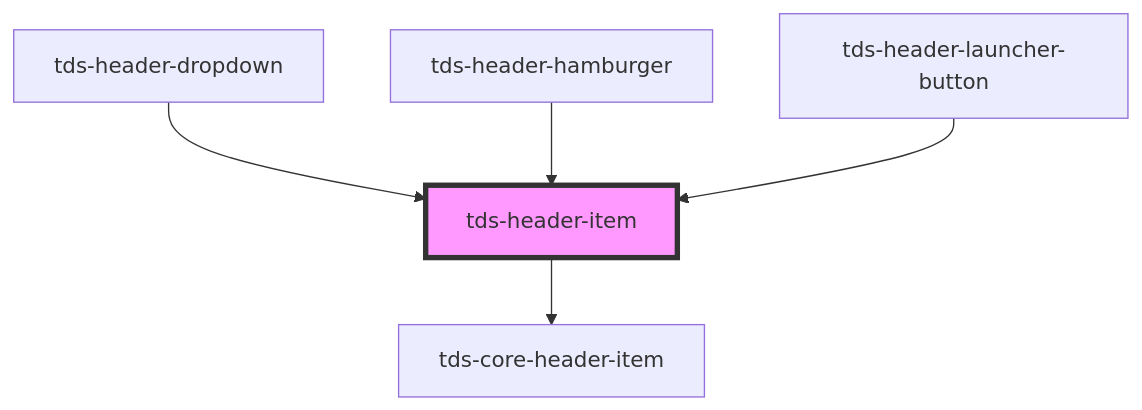
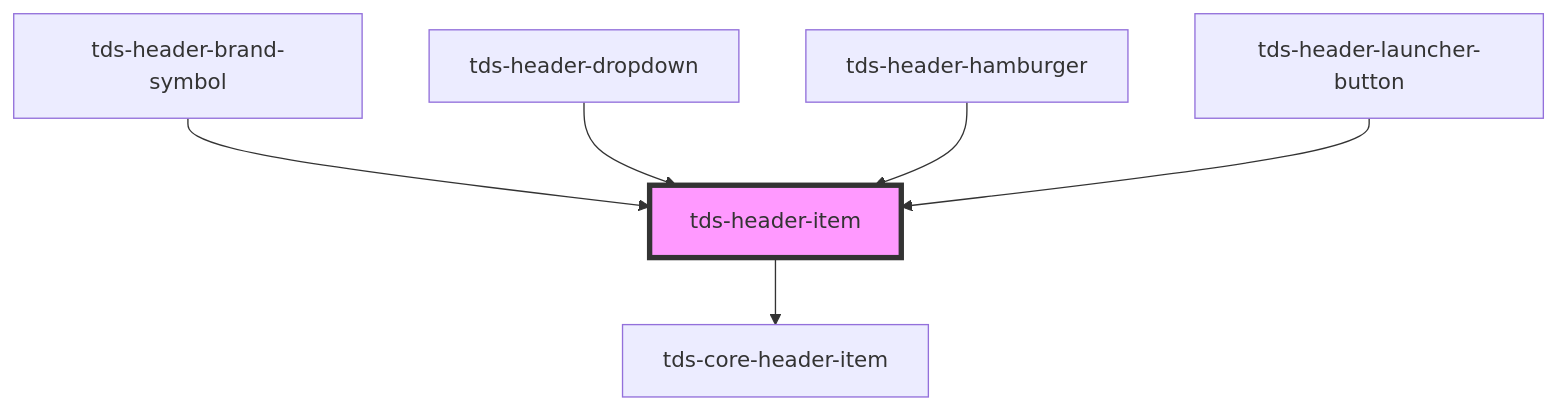
The diagram in core/src/components/header/header-item/readme.md (scania-digital-design-system/tegel), drawn with Mermaid before and after one commit. The commit also changed other lines of this file and 7 other files, not shown here.

````diff
--- a/core/src/components/header/header-item/readme.md
+++ b/core/src/components/header/header-item/readme.md
@@ -29,8 +30,9 @@
 ```mermaid
 graph TD;
   tds-header-item --> tds-core-header-item
+  tds-header-brand-symbol --> tds-header-item
   tds-header-dropdown --> tds-header-item
   tds-header-hamburger --> tds-header-item
   tds-header-launcher-button --> tds-header-item
   style tds-header-item fill:#f9f,stroke:#333,stroke-width:4px
 ```
````
